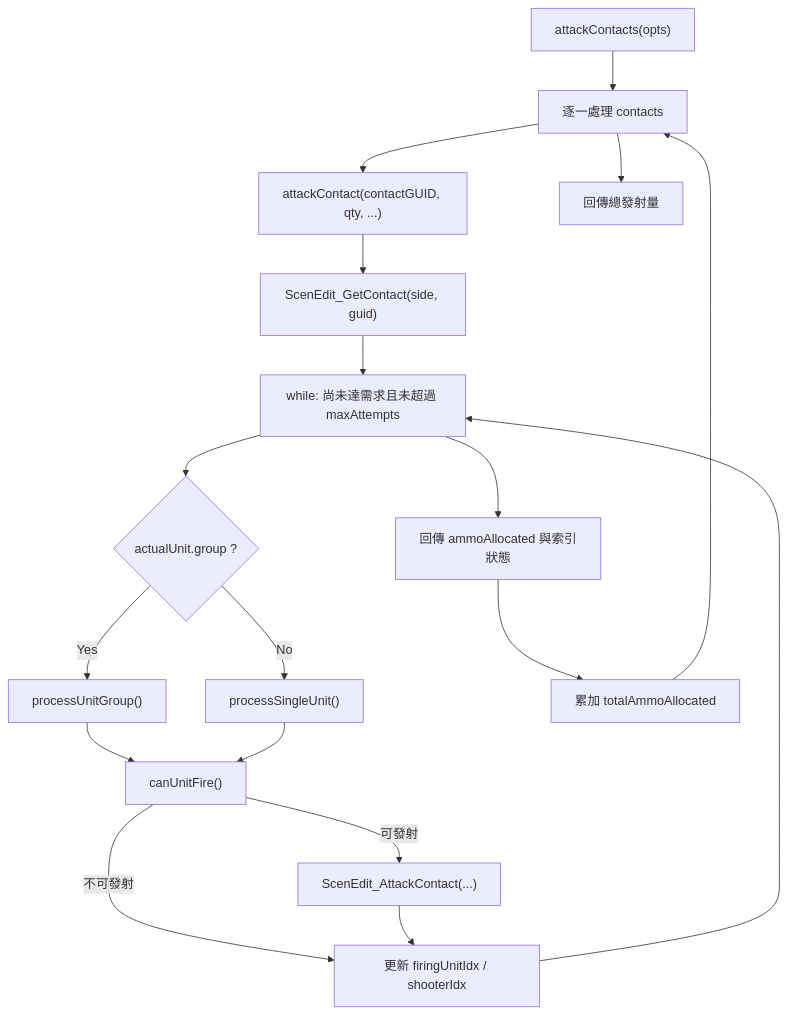
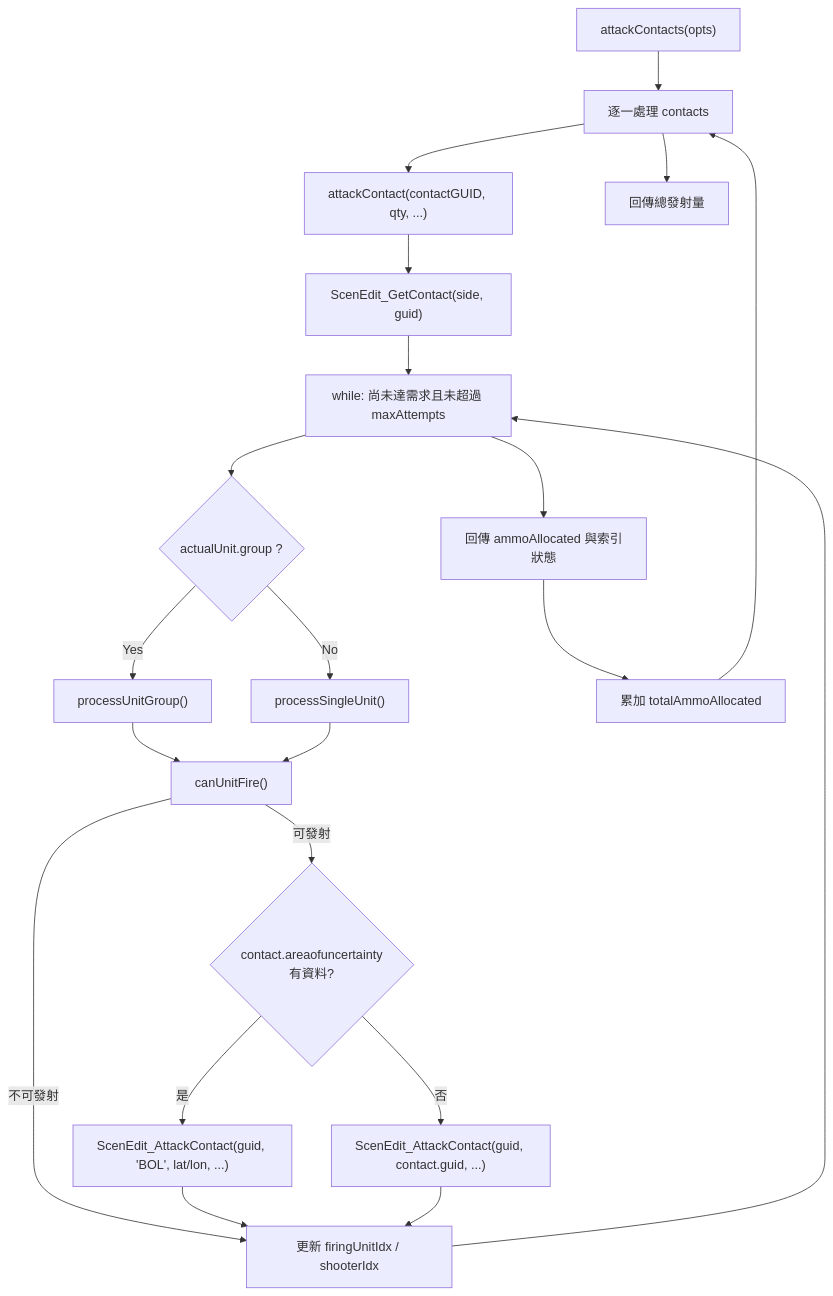
The diagram in docs/attackManager.md (pullupjumper/formosa-in-flames), drawn with Mermaid before and after one commit. The commit also changed other lines of this file and 1 other file, not shown here.

First line of the commit message:
feat(attack-manager): fall back to BOL launch for uncertain contacts

````diff
--- a/docs/attackManager.md
+++ b/docs/attackManager.md
@@ -53,35 +62,40 @@
 ```mermaid
 flowchart TD
     START["attackContacts(opts)"]
     LOOP_CONTACT["逐一處理 contacts"]
     ONE["attackContact(contactGUID, qty, ...)"]
     GETC["ScenEdit_GetContact(side, guid)"]
     LOOP_UNIT["while: 尚未達需求且未超過 maxAttempts"]
     CHECK_GROUP{"actualUnit.group ?"}
     GROUP["processUnitGroup()"]
     SINGLE["processSingleUnit()"]
     CAN["canUnitFire()"]
-    FIRE["ScenEdit_AttackContact(...)"]
+    UNCERTAIN{"contact.areaofuncertainty<br>有資料?"}
+    BOL["ScenEdit_AttackContact(guid, 'BOL', lat/lon, ...)"]
+    FIRE["ScenEdit_AttackContact(guid, contact.guid, ...)"]
     NEXT["更新 firingUnitIdx / shooterIdx"]
     DONE["回傳 ammoAllocated 與索引狀態"]
     SUM["累加 totalAmmoAllocated"]
     RET["回傳總發射量"]
 
     START --> LOOP_CONTACT
     LOOP_CONTACT --> ONE
     ONE --> GETC
     GETC --> LOOP_UNIT
     LOOP_UNIT --> CHECK_GROUP
     CHECK_GROUP -->|Yes| GROUP
     CHECK_GROUP -->|No| SINGLE
     GROUP --> CAN
     SINGLE --> CAN
-    CAN -->|可發射| FIRE
+    CAN -->|可發射| UNCERTAIN
     CAN -->|不可發射| NEXT
+    UNCERTAIN -->|是| BOL
+    UNCERTAIN -->|否| FIRE
+    BOL --> NEXT
     FIRE --> NEXT
     NEXT --> LOOP_UNIT
     LOOP_UNIT --> DONE
     DONE --> SUM
     SUM --> LOOP_CONTACT
     LOOP_CONTACT --> RET
 ```
````
